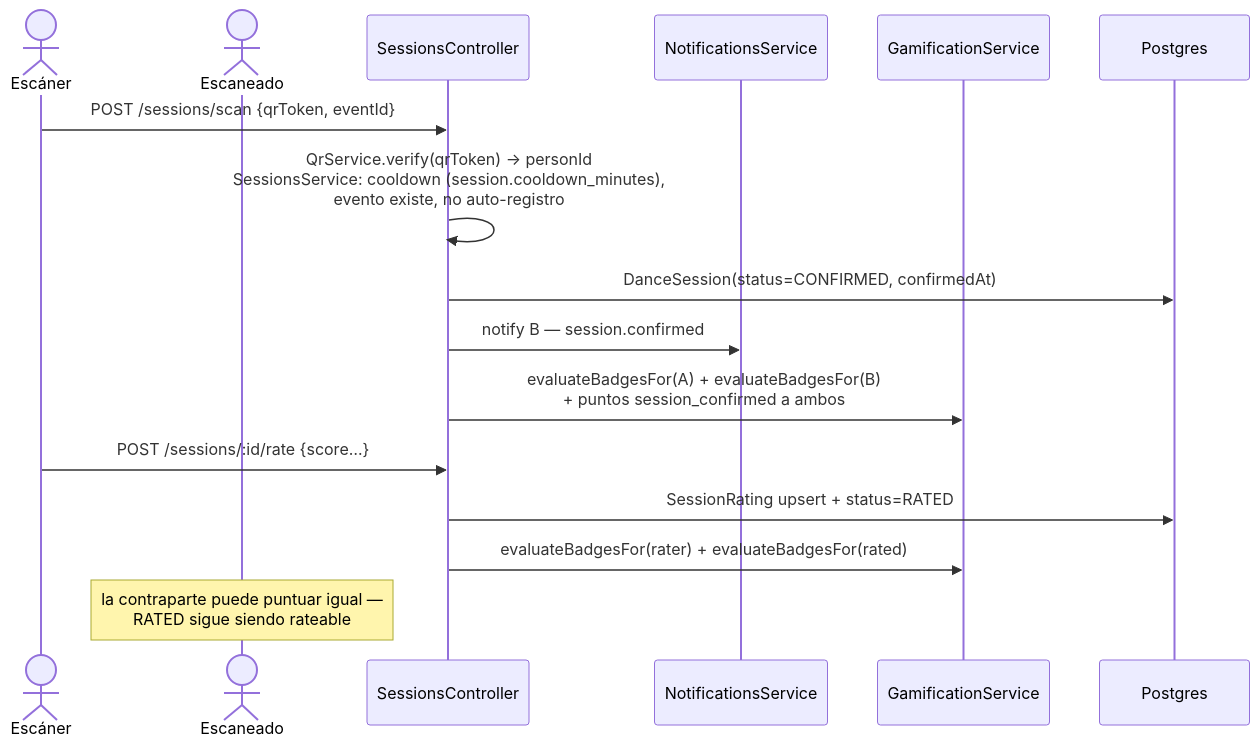
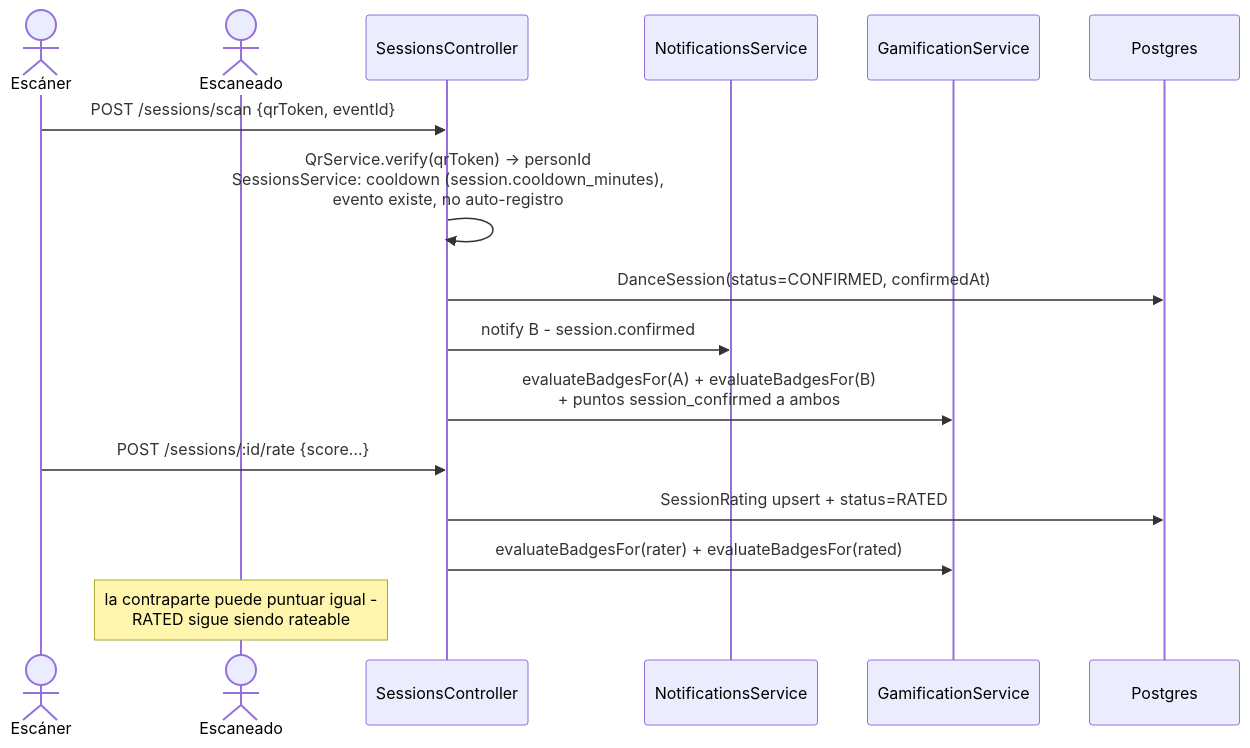
One commit to EduardoSalasG/omnidance changed the second of 31 diagrams in docs/flows.md. Above: the diagram before and after it, drawn with Mermaid. The commit also changed other lines of this file and 436 other files, not shown here.

````diff
--- a/docs/flows.md
+++ b/docs/flows.md
@@ -30,19 +30,19 @@
 ```mermaid
 sequenceDiagram
     actor A as Escáner
     actor B as Escaneado
     participant API as SessionsController
     participant N as NotificationsService
     participant G as GamificationService
     participant DB as Postgres
 
     A->>API: POST /sessions/scan {qrToken, eventId}
     API->>API: QrService.verify(qrToken) → personId<br/>SessionsService: cooldown (session.cooldown_minutes),<br/>evento existe, no auto-registro
     API->>DB: DanceSession(status=CONFIRMED, confirmedAt)
-    API->>N: notify B — session.confirmed
+    API->>N: notify B - session.confirmed
     API->>G: evaluateBadgesFor(A) + evaluateBadgesFor(B)<br/>+ puntos session_confirmed a ambos
     A->>API: POST /sessions/:id/rate {score…}
     API->>DB: SessionRating upsert + status=RATED
     API->>G: evaluateBadgesFor(rater) + evaluateBadgesFor(rated)
-    Note over B: la contraparte puede puntuar igual —<br/>RATED sigue siendo rateable
+    Note over B: la contraparte puede puntuar igual -<br/>RATED sigue siendo rateable
 ```
````
